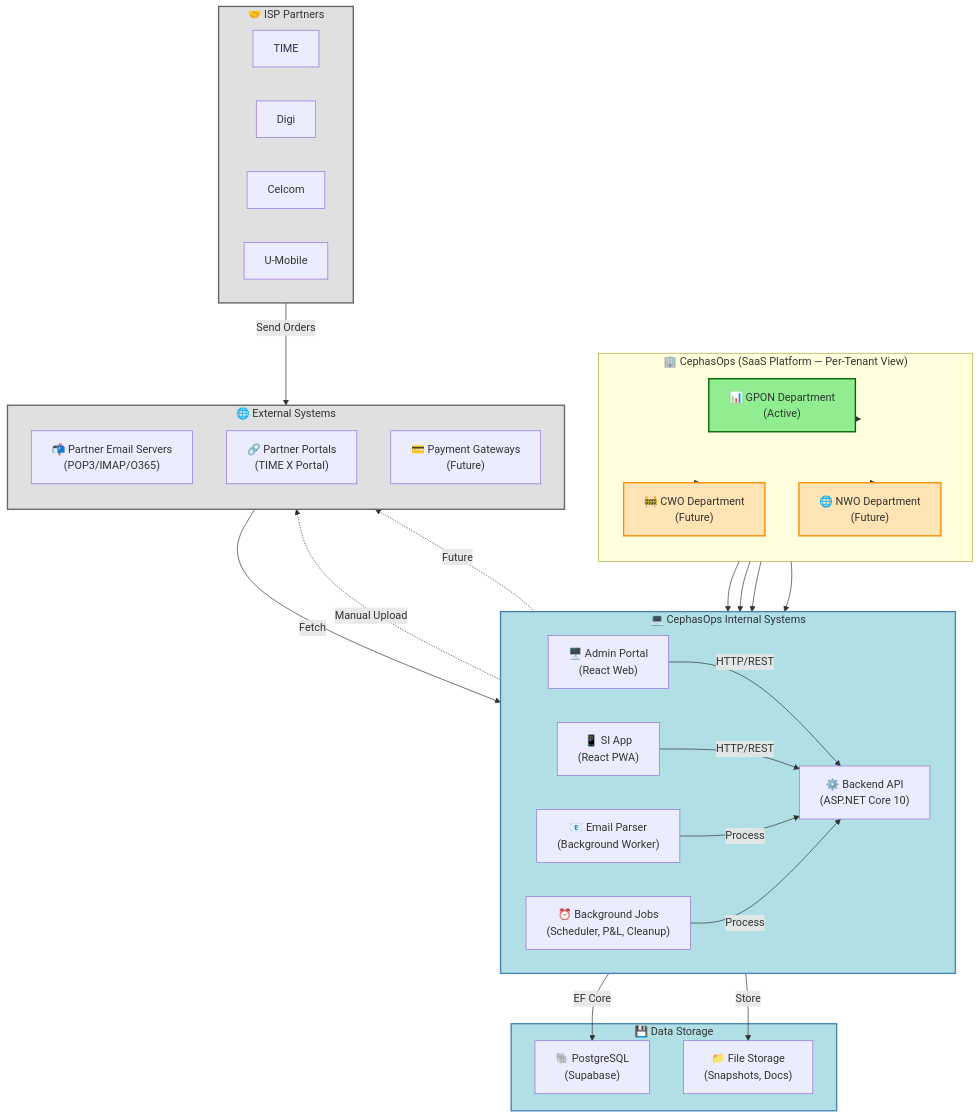
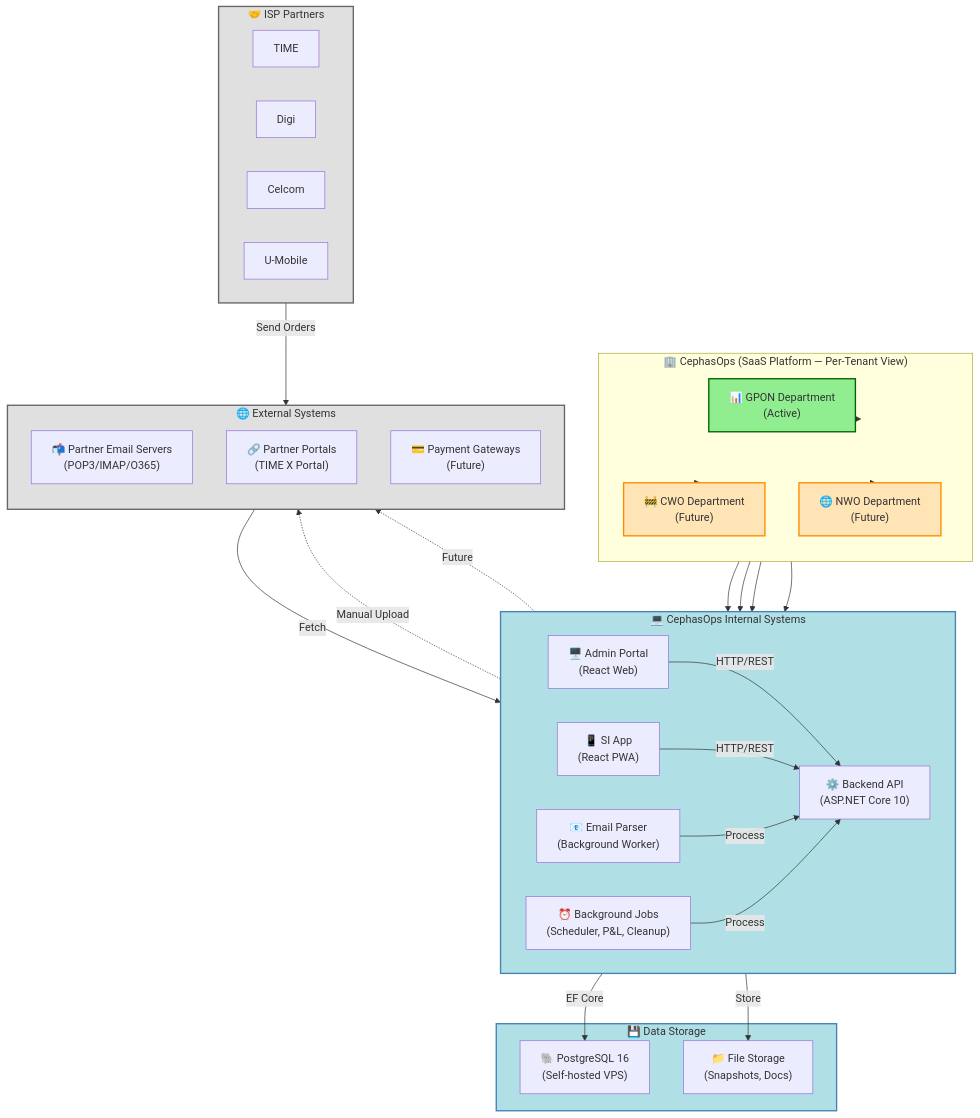
Before and after one commit to espritguy69/CephasOps_Replit: the diagram in docs/architecture/00_company-systems-overview.md, drawn with Mermaid. The commit also changed other lines of this file and 172 other files, not shown here.

````diff
--- a/docs/architecture/00_company-systems-overview.md
+++ b/docs/architecture/00_company-systems-overview.md
@@ -10,78 +10,78 @@
 ```mermaid
 flowchart TB
     subgraph Company["🏢 CephasOps (SaaS Platform — Per-Tenant View)"]
         direction TB
         GPON["📊 GPON Department<br/>(Active)"]
         CWO["🚧 CWO Department<br/>(Future)"]
         NWO["🌐 NWO Department<br/>(Future)"]
     end
     
     subgraph InternalSystems["💻 CephasOps Internal Systems"]
         direction LR
         AdminPortal["🖥️ Admin Portal<br/>(React Web)"]
         SIApp["📱 SI App<br/>(React PWA)"]
         BackendAPI["⚙️ Backend API<br/>(ASP.NET Core 10)"]
         EmailParser["📧 Email Parser<br/>(Background Worker)"]
         BackgroundJobs["⏰ Background Jobs<br/>(Scheduler, P&L, Cleanup)"]
     end
     
     subgraph Databases["💾 Data Storage"]
-        PostgreSQL["🐘 PostgreSQL<br/>(Supabase)"]
+        PostgreSQL["🐘 PostgreSQL 16<br/>(Self-hosted VPS)"]
         FileStorage["📁 File Storage<br/>(Snapshots, Docs)"]
     end
     
     subgraph ExternalSystems["🌐 External Systems"]
         direction TB
         PartnerEmail["📬 Partner Email Servers<br/>(POP3/IMAP/O365)"]
         PartnerPortal["🔗 Partner Portals<br/>(TIME X Portal)"]
         PaymentGateway["💳 Payment Gateways<br/>(Future)"]
     end
     
     subgraph Partners["🤝 ISP Partners"]
         direction LR
         TIME["TIME"]
         Digi["Digi"]
         Celcom["Celcom"]
         UMobile["U-Mobile"]
     end
     
     %% Company to Departments
     Company --> GPON
     Company --> CWO
     Company --> NWO
     
     %% Departments to Systems
     GPON --> AdminPortal
     GPON --> SIApp
     GPON --> BackendAPI
     GPON --> EmailParser
     
     %% System connections
     AdminPortal -->|HTTP/REST| BackendAPI
     SIApp -->|HTTP/REST| BackendAPI
     EmailParser -->|Process| BackendAPI
     BackgroundJobs -->|Process| BackendAPI
     
     %% Backend to Storage
     BackendAPI -->|EF Core| PostgreSQL
     BackendAPI -->|Store| FileStorage
     
     %% External integrations
     PartnerEmail -->|Fetch| EmailParser
     BackendAPI -.->|Manual Upload| PartnerPortal
     BackendAPI -.->|Future| PaymentGateway
     
     %% Partners send emails
     Partners -->|Send Orders| PartnerEmail
     
     %% Styling
     classDef active fill:#90EE90,stroke:#006400,stroke-width:2px
     classDef future fill:#FFE4B5,stroke:#FF8C00,stroke-width:2px
     classDef external fill:#E0E0E0,stroke:#666,stroke-width:2px
     classDef system fill:#B0E0E6,stroke:#4682B4,stroke-width:2px
     
     class GPON active
     class CWO,NWO future
     class ExternalSystems,Partners external
     class InternalSystems,Databases system
 ```
````
